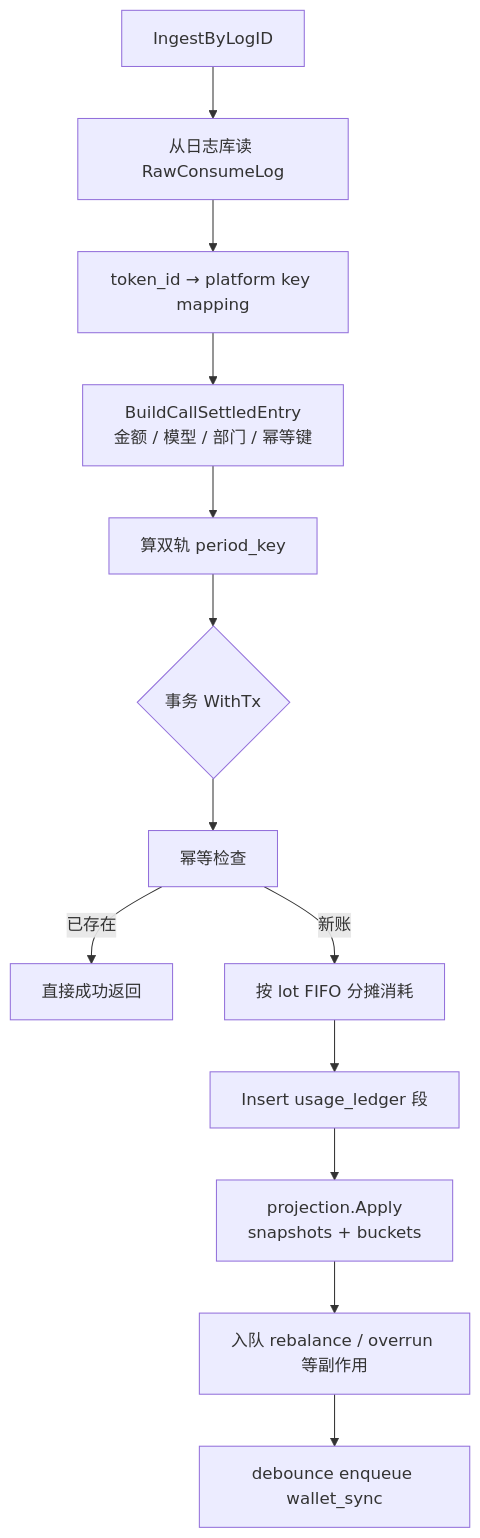
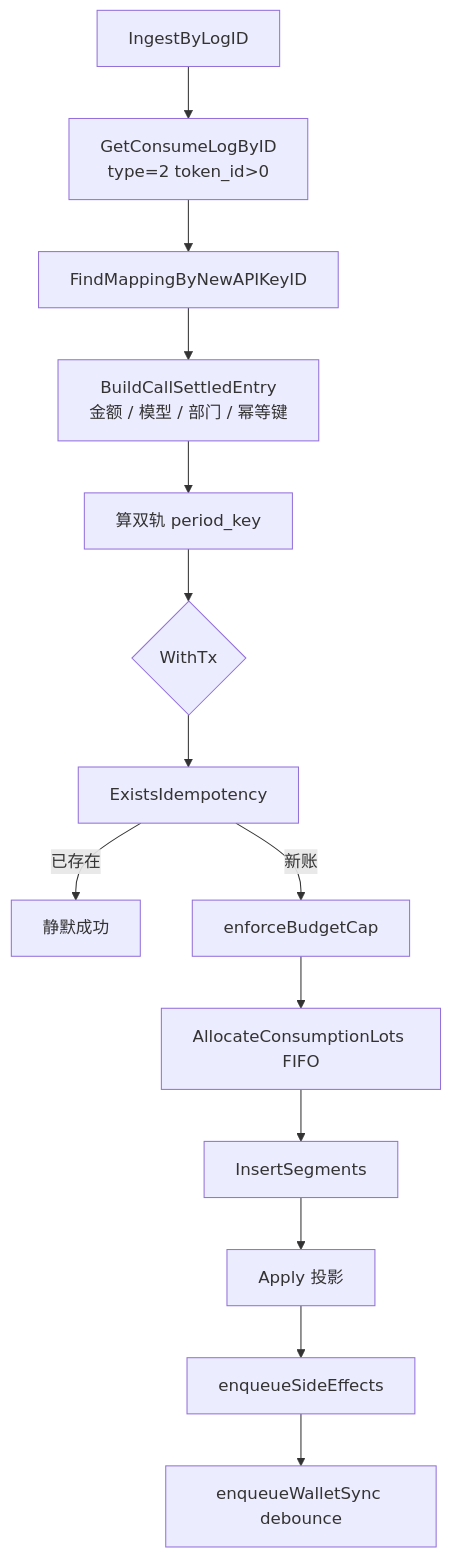
The sixth of 9 diagrams in docs/Backend-Ingest架构.md (quyip8818/mytokenjoy), drawn with Mermaid before and after one commit. The commit also changed other lines of this file and 65 other files, not shown here.

````diff
--- a/docs/Backend-Ingest架构.md
+++ b/docs/Backend-Ingest架构.md
@@ -242,15 +247,16 @@
 ```mermaid
 flowchart TB
-  A[IngestByLogID] --> B[从日志库读 RawConsumeLog]
-  B --> C[token_id → platform key mapping]
+  A[IngestByLogID] --> B[GetConsumeLogByID<br/>type=2 token_id>0]
+  B --> C[FindMappingByNewAPIKeyID]
   C --> D[BuildCallSettledEntry<br/>金额 / 模型 / 部门 / 幂等键]
   D --> E[算双轨 period_key]
-  E --> F{事务 WithTx}
-  F --> G[幂等检查]
-  G -->|已存在| Z[直接成功返回]
-  G -->|新账| H[按 lot FIFO 分摊消耗]
-  H --> I[Insert usage_ledger 段]
-  I --> J[projection.Apply<br/>snapshots + buckets]
-  J --> K[入队 rebalance / overrun 等副作用]
-  K --> L[debounce enqueue wallet_sync]
+  E --> F{WithTx}
+  F --> G[ExistsIdempotency]
+  G -->|已存在| Z[静默成功]
+  G -->|新账| H[enforceBudgetCap]
+  H --> I[AllocateConsumptionLots FIFO]
+  I --> J[InsertSegments]
+  J --> K[Apply 投影]
+  K --> L[enqueueSideEffects]
+  L --> M[enqueueWalletSync debounce]
 ```
````
